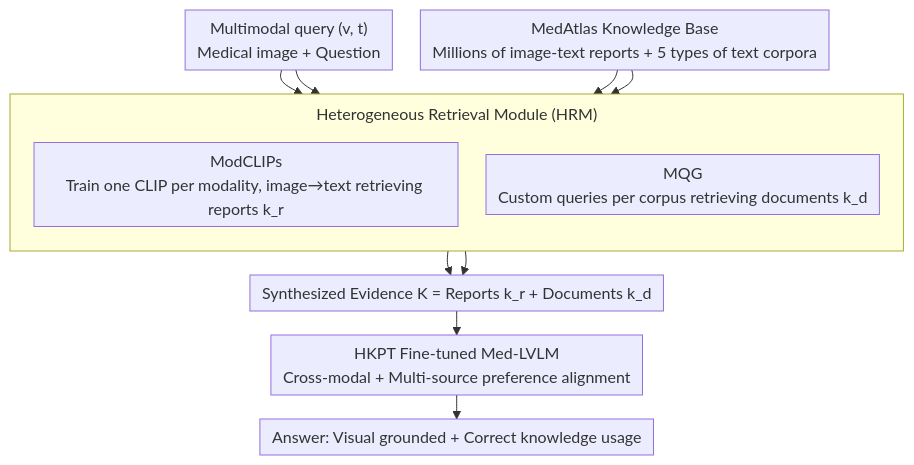
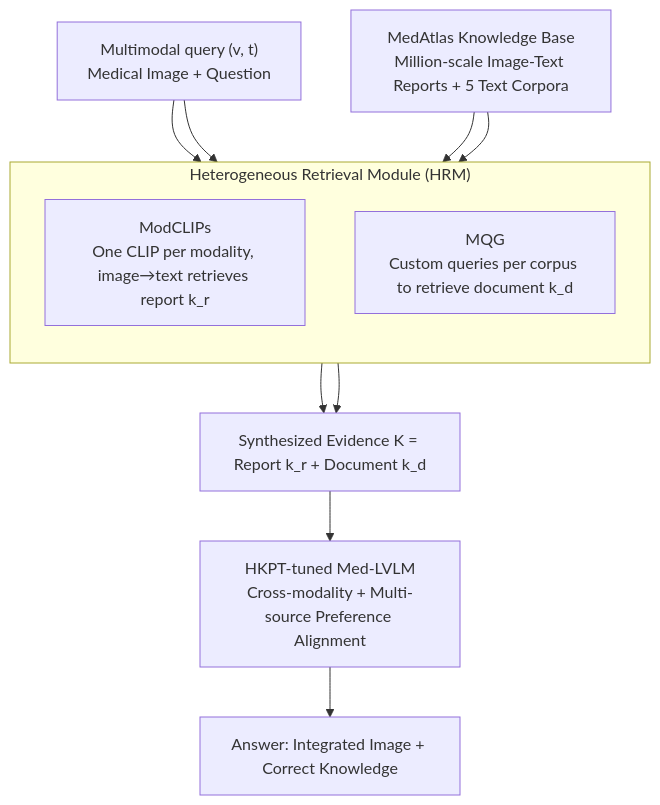
One commit to zhaoyang97/Paper-Notes-en changed the diagram in docs/ACL2026/medical_nlp/heterorag_a_heterogeneous_retrieval-augmented_generation_framework_for_medical_v.md. Above: the diagram before and after it, drawn with Mermaid. The commit also changed other lines of this file and 5084 other files, not shown here.

````diff
--- a/docs/ACL2026/medical_nlp/heterorag_a_heterogeneous_retrieval-augmented_generation_framework_for_medical_v.md
+++ b/docs/ACL2026/medical_nlp/heterorag_a_heterogeneous_retrieval-augmented_generation_framework_for_medical_v.md
@@ -43,19 +43,18 @@
 ```mermaid
-%%{init: {'flowchart': {'rankSpacing': 24, 'nodeSpacing': 28, 'padding': 6, 'wrappingWidth': 400, 'subGraphTitleMargin': {'top': 8, 'bottom': 16}}}}%%
-flowchart TD
-    Q["Multimodal query (v, t)<br/>Medical image + Question"]
-    KB["MedAtlas Knowledge Base<br/>Millions of image-text reports + 5 types of text corpora"]
+graph TD
+    Q["Multimodal query (v, t)<br/>Medical Image + Question"]
+    KB["MedAtlas Knowledge Base<br/>Million-scale Image-Text Reports + 5 Text Corpora"]
     subgraph HRM["Heterogeneous Retrieval Module (HRM)"]
         direction TB
-        MC["ModCLIPs<br/>Train one CLIP per modality, image→text retrieving reports k_r"]
-        MQG["MQG<br/>Custom queries per corpus retrieving documents k_d"]
+        MC["ModCLIPs<br/>One CLIP per modality, image→text retrieves report k_r"]
+        MQG["MQG<br/>Custom queries per corpus to retrieve document k_d"]
     end
     Q --> MC
     Q --> MQG
     KB --> MC
     KB --> MQG
-    MC --> K["Synthesized Evidence K = Reports k_r + Documents k_d"]
+    MC --> K["Synthesized Evidence K = Report k_r + Document k_d"]
     MQG --> K
-    K --> HKPT["HKPT Fine-tuned Med-LVLM<br/>Cross-modal + Multi-source preference alignment"]
-    HKPT --> OUT["Answer: Visual grounded + Correct knowledge usage"]
+    K --> HKPT["HKPT-tuned Med-LVLM<br/>Cross-modality + Multi-source Preference Alignment"]
+    HKPT --> OUT["Answer: Integrated Image + Correct Knowledge"]
 ```
````
